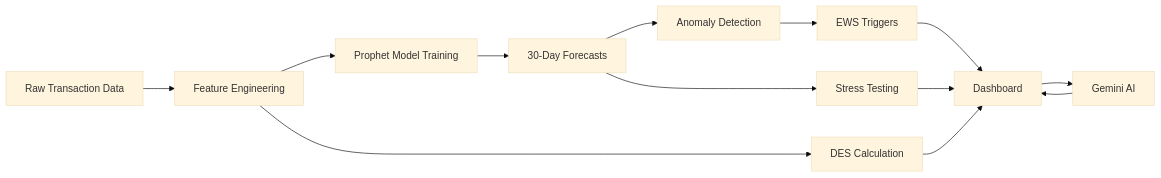
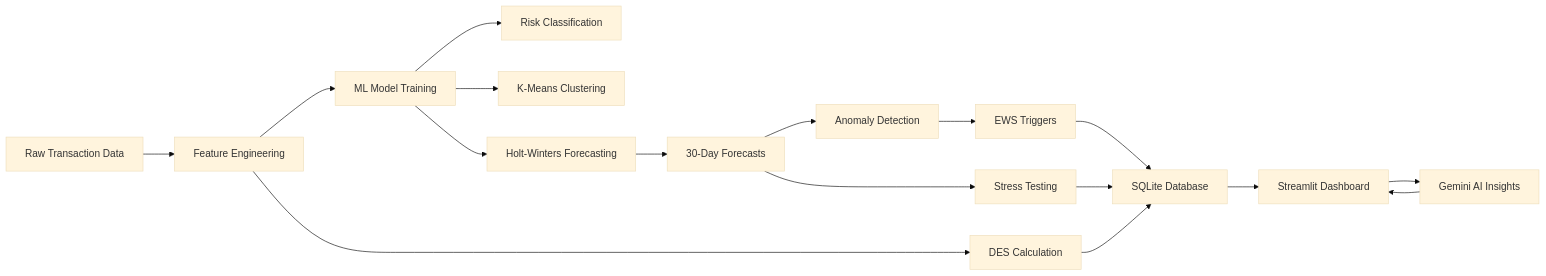
Before and after one commit to Omkarjagtap15/FinPulse: the diagram in README.md, drawn with Mermaid (base theme). The commit also changed other lines of this file, not shown here.

````diff
--- a/README.md
+++ b/README.md
@@ -200,15 +226,19 @@
 ```mermaid
 graph LR
     A[Raw Transaction Data] --> B[Feature Engineering]
-    B --> C[Prophet Model Training]
-    C --> D[30-Day Forecasts]
-    D --> E[Anomaly Detection]
-    E --> F[EWS Triggers]
-    F --> G[Dashboard]
-    B --> H[DES Calculation]
-    H --> G
-    D --> I[Stress Testing]
-    I --> G
-    G --> J[Gemini AI]
-    J --> G
+    B --> C[ML Model Training]
+    C --> D[Risk Classification]
+    C --> E[K-Means Clustering]
+    C --> F[Holt-Winters Forecasting]
+    F --> G[30-Day Forecasts]
+    G --> H[Anomaly Detection]
+    H --> I[EWS Triggers]
+    B --> J[DES Calculation]
+    G --> K[Stress Testing]
+    I --> L[SQLite Database]
+    J --> L
+    K --> L
+    L --> M[Streamlit Dashboard]
+    M --> N[Gemini AI Insights]
+    N --> M
 ```
````
